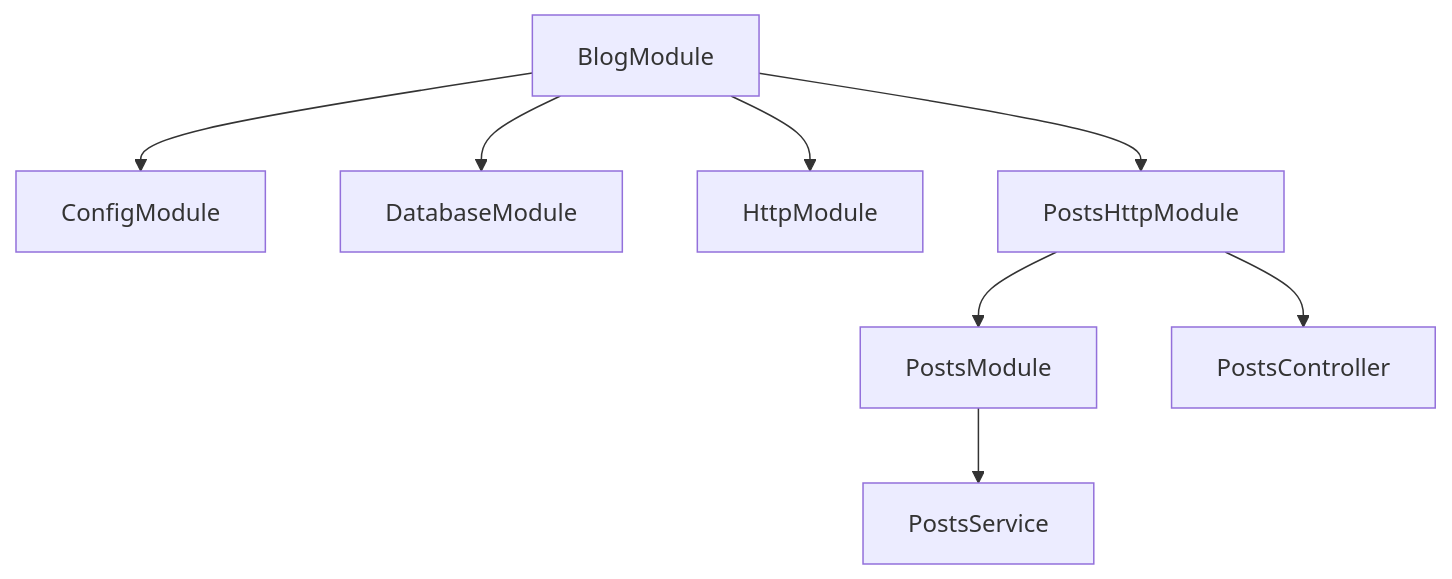
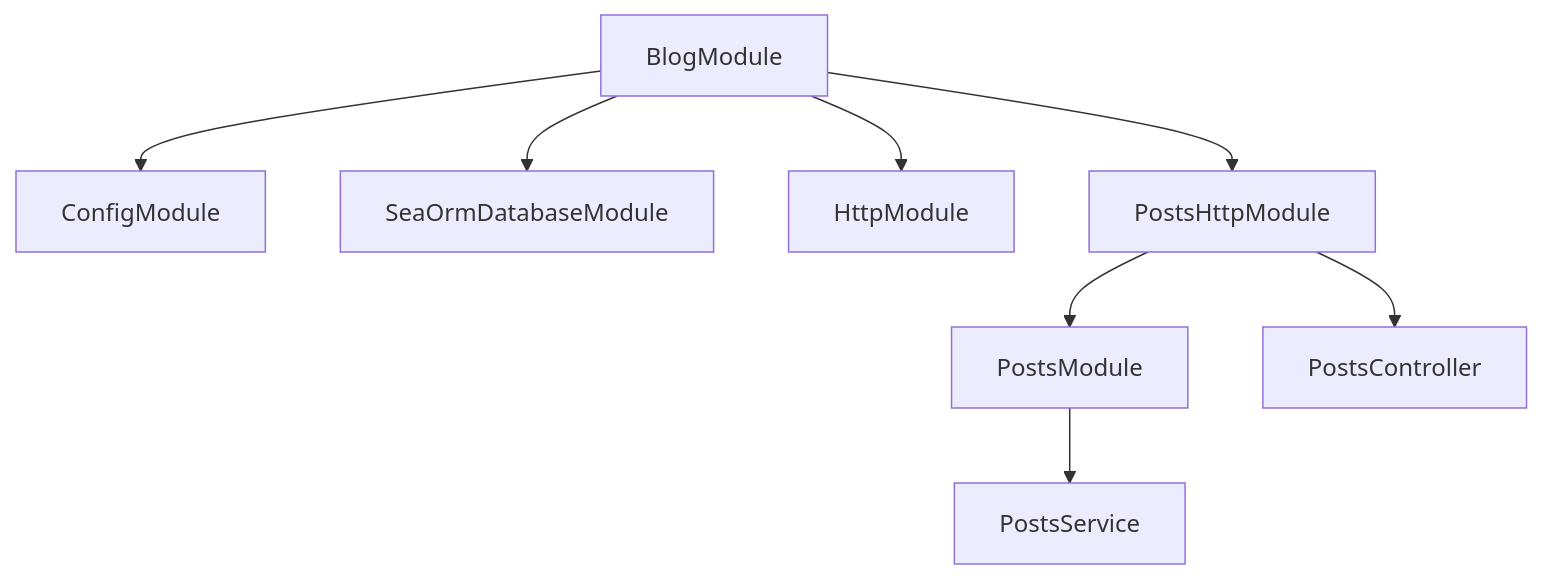
The fourth of 5 diagrams in docs/src/content/docs/fundamentals/modules.mdx (YV17labs/NestRS), drawn with Mermaid before and after one commit. The commit also changed other lines of this file and 84 other files, not shown here.

````diff
--- a/docs/src/content/docs/fundamentals/modules.mdx
+++ b/docs/src/content/docs/fundamentals/modules.mdx
@@ -224,11 +224,11 @@
 ```mermaid
 flowchart TB
   BM[BlogModule]
   BM --> CM[ConfigModule]
-  BM --> DM[DatabaseModule]
+  BM --> DM[SeaOrmDatabaseModule]
   BM --> HM[HttpModule]
   BM --> PHM[PostsHttpModule]
   PHM --> PM[PostsModule]
   PM --> PS[PostsService]
   PHM --> PC[PostsController]
 ```
````
